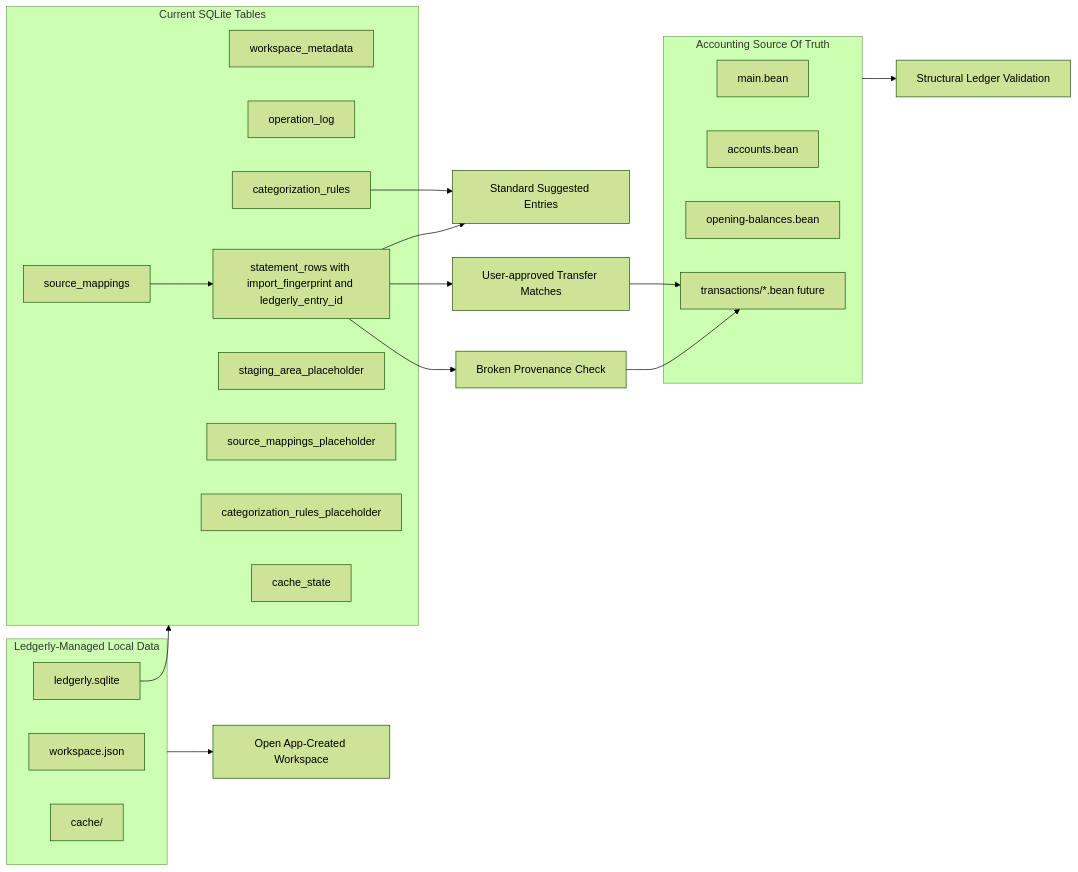
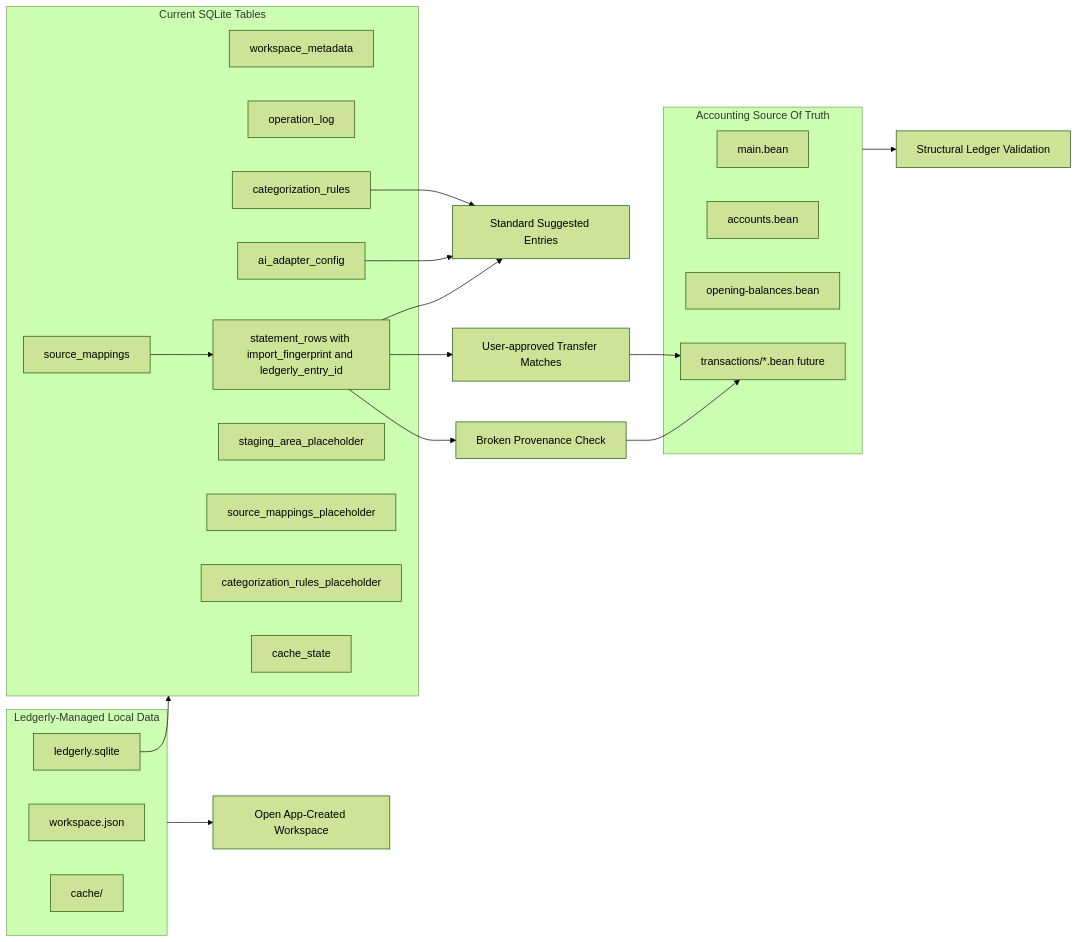
Before and after one commit to ryenski/Ledgerly-MVP: the third of 4 diagrams in docs/architecture.md, drawn with Mermaid (forest theme). The commit also changed other lines of this file and 16 other files, not shown here.

````diff
--- a/docs/architecture.md
+++ b/docs/architecture.md
@@ -228,38 +246,40 @@
 ```mermaid
 flowchart LR
   subgraph SourceOfTruth[Accounting Source Of Truth]
     MainBean[main.bean]
     AccountsBean[accounts.bean]
     OpeningBalances[opening-balances.bean]
     FutureMonthly[transactions/*.bean future]
   end
 
   subgraph LedgerlyManaged[Ledgerly-Managed Local Data]
     Manifest[workspace.json]
     Sqlite[ledgerly.sqlite]
     Cache[cache/]
   end
 
   subgraph CurrentSqlite[Current SQLite Tables]
     Metadata[workspace_metadata]
     OperationLog[operation_log]
     SourceMappings[source_mappings]
     StatementRows[statement_rows with import_fingerprint and ledgerly_entry_id]
     CategorizationRulesTable[categorization_rules]
+    AiAdapterConfig[ai_adapter_config]
     StagingPlaceholder[staging_area_placeholder]
     MappingPlaceholder[source_mappings_placeholder]
     RulesPlaceholder[categorization_rules_placeholder]
     CacheState[cache_state]
   end
 
   SourceOfTruth --> Validation[Structural Ledger Validation]
   LedgerlyManaged --> OpenWorkspace[Open App-Created Workspace]
   Sqlite --> CurrentSqlite
   SourceMappings --> StatementRows
   CategorizationRulesTable --> SuggestedEntries
+  AiAdapterConfig --> SuggestedEntries
   StatementRows --> SuggestedEntries[Standard Suggested Entries]
   StatementRows --> TransferMatches[User-approved Transfer Matches]
   StatementRows --> ProvenanceCheck[Broken Provenance Check]
   TransferMatches --> FutureMonthly
   ProvenanceCheck --> FutureMonthly
 ```
````
